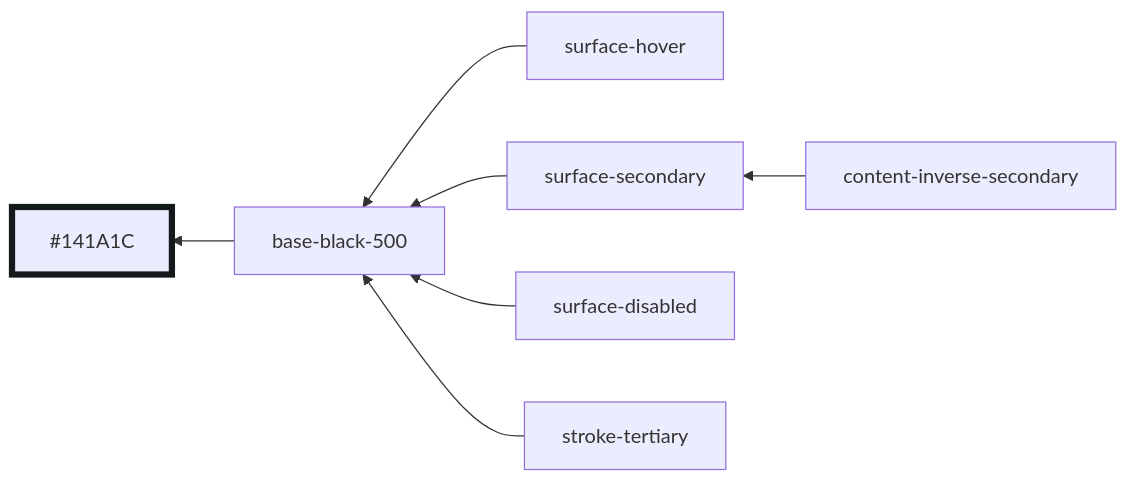
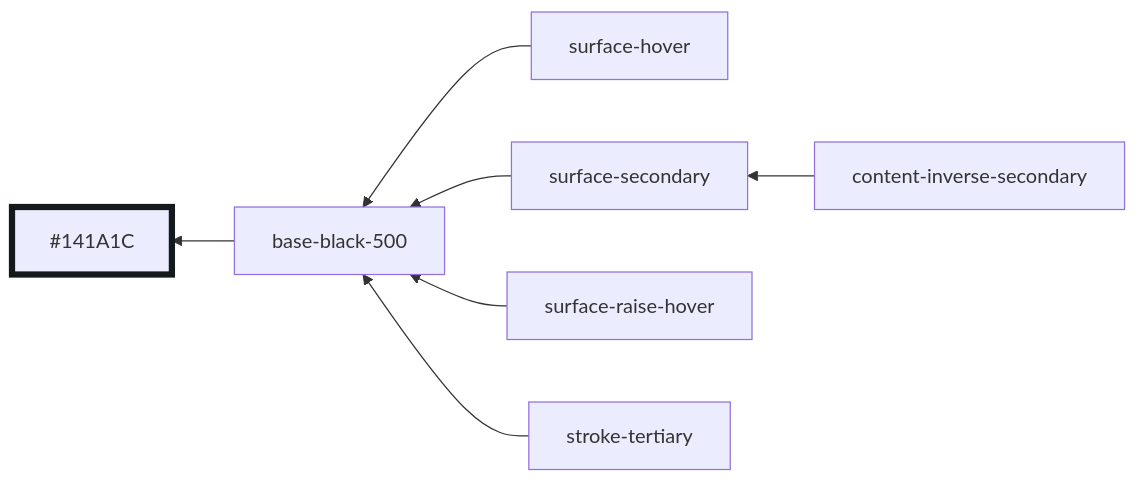
Before and after one commit to oxidecomputer/console: diagram 27 of 30 in libs/ui/styles/themes/main.md, drawn with Mermaid. The commit also changed other lines of this file and 3 other files, not shown here.

````diff
--- a/libs/ui/styles/themes/main.md
+++ b/libs/ui/styles/themes/main.md
@@ -340,11 +340,11 @@
 ```mermaid
 graph RL
   base-black-500 --> #141A1C:::base-black-500
   surface-hover --> base-black-500
   surface-secondary --> base-black-500
-  surface-disabled --> base-black-500
+  surface-raise-hover --> base-black-500
   content-inverse-secondary --> surface-secondary
   stroke-tertiary --> base-black-500
 
   classDef base-black-500 stroke-width:5,stroke:#141A1C
 ```
````
